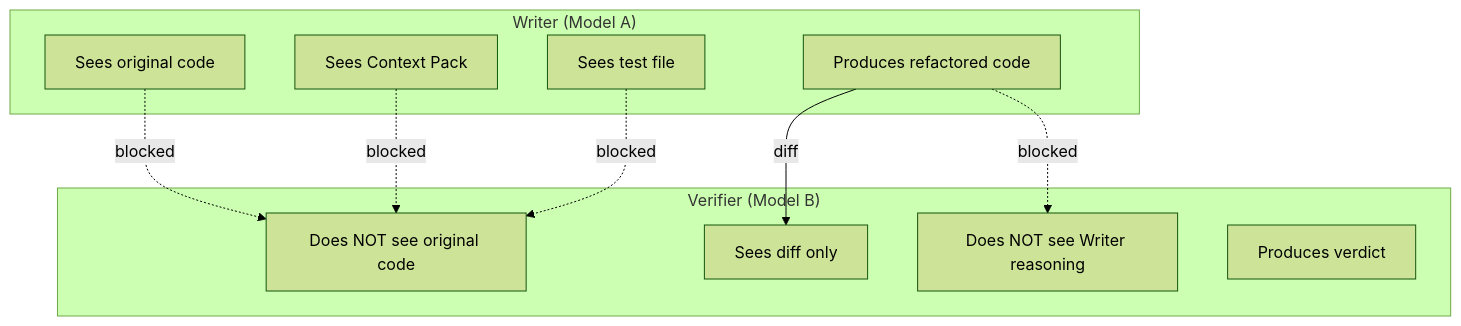
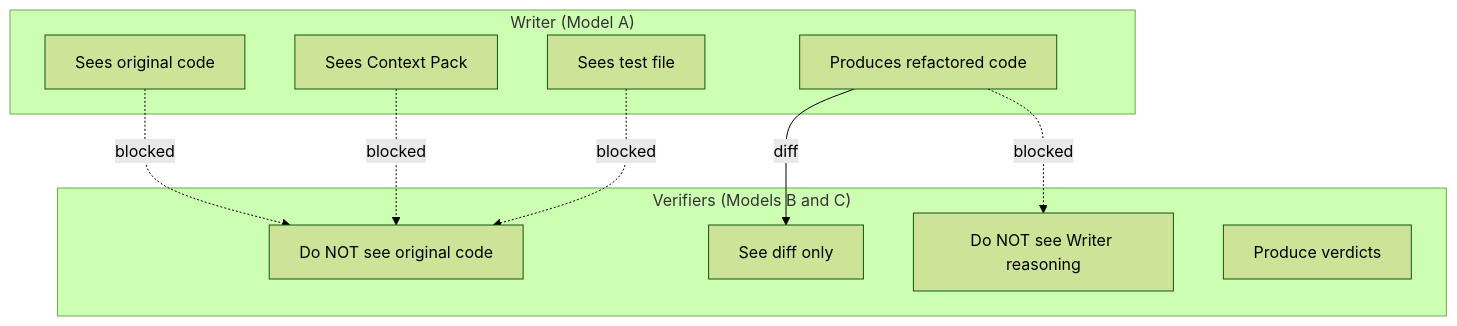
Before and after one commit to arubara2021/CodeGuardian: the sixth of 25 diagrams in docs/04-architecture.md, drawn with Mermaid (forest theme). The commit also changed other lines of this file and 5 other files, not shown here.

````diff
--- a/docs/04-architecture.md
+++ b/docs/04-architecture.md
@@ -309,22 +402,22 @@
 ```mermaid
 flowchart TB
     subgraph WriterProcess["Writer (Model A)"]
         W1[Sees original code]
         W2[Sees Context Pack]
         W3[Sees test file]
         W4[Produces refactored code]
     end
 
-    subgraph VerifierProcess["Verifier (Model B)"]
-        V1[Sees diff only]
-        V2[Does NOT see original code]
-        V3[Does NOT see Writer reasoning]
-        V4[Produces verdict]
+    subgraph VerifierProcess["Verifiers (Models B and C)"]
+        V1[See diff only]
+        V2[Do NOT see original code]
+        V3[Do NOT see Writer reasoning]
+        V4[Produce verdicts]
     end
 
     W4 -->|diff| V1
     W1 -.->|blocked| V2
     W2 -.->|blocked| V2
     W3 -.->|blocked| V2
     W4 -.->|blocked| V3
 ```
````
